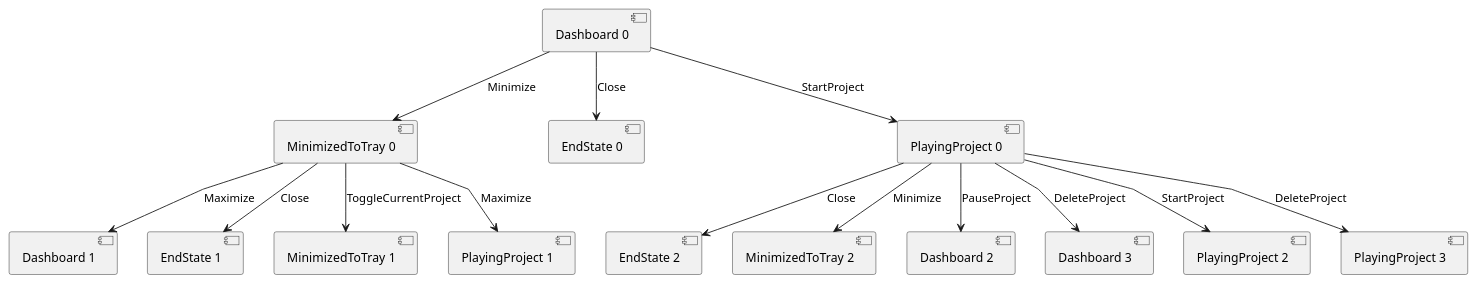
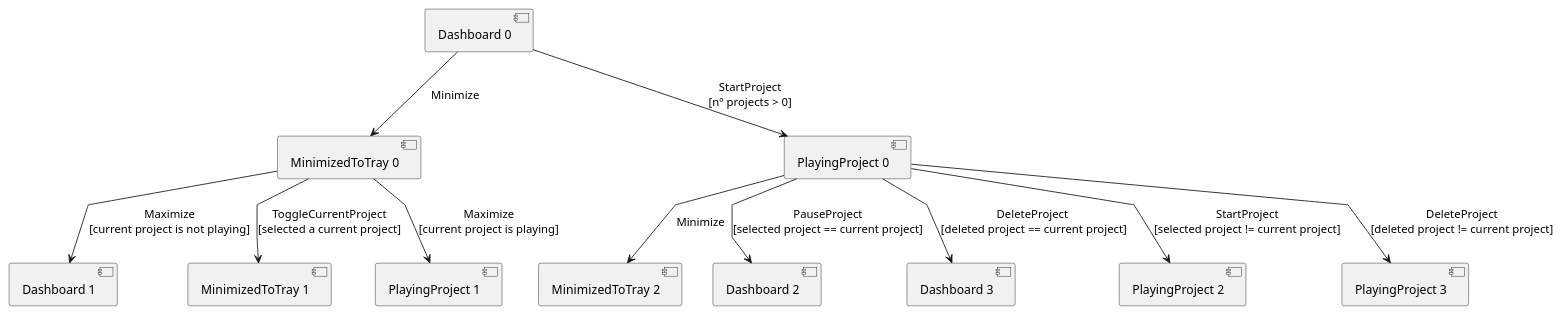
The diagram in assignments/4_model_based_testing/transition_trees/transition_tree_2.puml (JoaoCostaIFG/tvvs), drawn with PlantUML before and after one commit. The commit also changed 3 other files, not shown here.

```diff
--- a/assignments/4_model_based_testing/transition_trees/transition_tree_2.puml
+++ b/assignments/4_model_based_testing/transition_trees/transition_tree_2.puml
@@ -1,20 +1,17 @@
 @startuml
 skinparam linetype polyline
 
 [Dashboard 0] -d-> [MinimizedToTray 0] : Minimize
-[Dashboard 0] -d-> [EndState 0] : Close
-[Dashboard 0] -d-> [PlayingProject 0] : StartProject
+[Dashboard 0] -d-> [PlayingProject 0] : StartProject\n[nº projects > 0]
 
-[MinimizedToTray 0] -d-> [Dashboard 1] : Maximize
-[MinimizedToTray 0] -d-> [EndState 1] : Close
-[MinimizedToTray 0] -d-> [MinimizedToTray 1] : ToggleCurrentProject
-[MinimizedToTray 0] -d-> [PlayingProject 1] : Maximize 
+[MinimizedToTray 0] -d-> [Dashboard 1] : Maximize\n[current project is not playing]
+[MinimizedToTray 0] -d-> [MinimizedToTray 1] : ToggleCurrentProject\n[selected a current project]
+[MinimizedToTray 0] -d-> [PlayingProject 1] : Maximize\n[current project is playing]
 
-[PlayingProject 0] -d-> [EndState 2] : Close
 [PlayingProject 0] -d-> [MinimizedToTray 2] : Minimize 
-[PlayingProject 0] -d-> [Dashboard 2] : PauseProject
-[PlayingProject 0] -d-> [Dashboard 3] : DeleteProject 
-[PlayingProject 0] -d-> [PlayingProject 2] : StartProject 
-[PlayingProject 0] -d-> [PlayingProject 3] : DeleteProject 
+[PlayingProject 0] -d-> [Dashboard 2] : PauseProject\n[selected project == current project]
+[PlayingProject 0] -d-> [Dashboard 3] : DeleteProject \n[deleted project == current project]
+[PlayingProject 0] -d-> [PlayingProject 2] : StartProject\n[selected project != current project]
+[PlayingProject 0] -d-> [PlayingProject 3] : DeleteProject\n[deleted project != current project]
 
 @enduml
```
